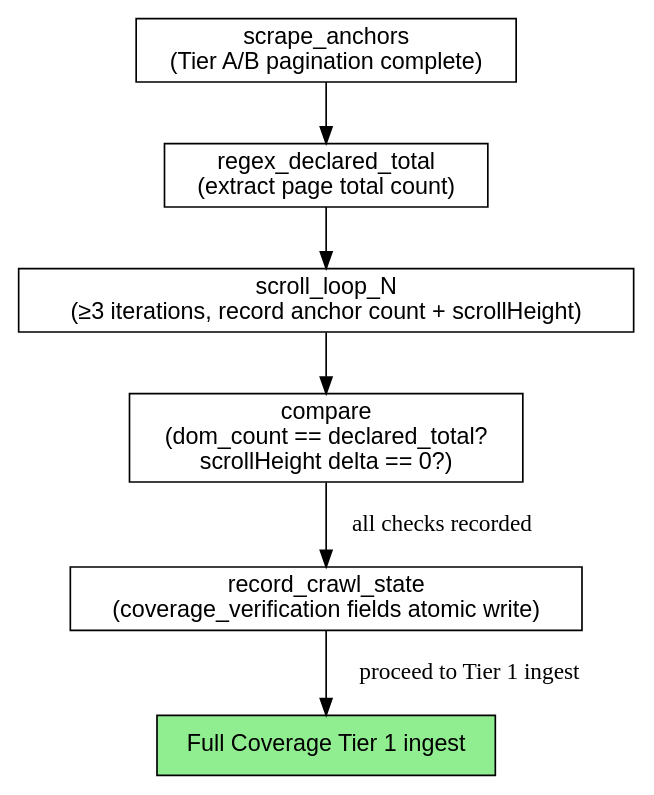
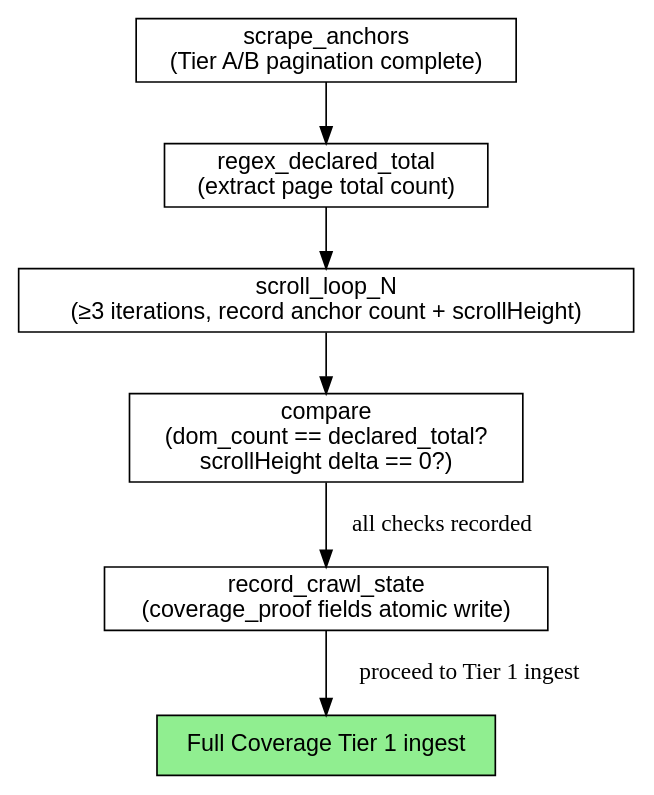
The sixth of 8 diagrams in skills/collect-jd/reference/rules.md (toongri/oh-my-toong-playground), drawn with Graphviz before and after one commit. The commit also changed other lines of this file and 4 other files, not shown here.

````diff
--- a/skills/collect-jd/reference/rules.md
+++ b/skills/collect-jd/reference/rules.md
@@ -562,19 +568,19 @@
 ```dot
-digraph coverage_verification {
+digraph coverage_proof {
   rankdir=TB;
   node [shape=box, fontname="Helvetica"];
 
   scrape_anchors [label="scrape_anchors\n(Tier A/B pagination complete)"];
   regex_declared_total [label="regex_declared_total\n(extract page total count)"];
   scroll_loop_N [label="scroll_loop_N\n(≥3 iterations, record anchor count + scrollHeight)"];
   compare [label="compare\n(dom_count == declared_total?\nscrollHeight delta == 0?)"];
-  record_crawl_state [label="record_crawl_state\n(coverage_verification fields atomic write)"];
+  record_crawl_state [label="record_crawl_state\n(coverage_proof fields atomic write)"];
 
   scrape_anchors -> regex_declared_total;
   regex_declared_total -> scroll_loop_N;
   scroll_loop_N -> compare;
   compare -> record_crawl_state [label="all checks recorded"];
   record_crawl_state -> full_coverage_tier1 [label="proceed to Tier 1 ingest"];
   full_coverage_tier1 [label="Full Coverage Tier 1 ingest", style=filled, fillcolor=lightgreen];
 }
 ```
````
